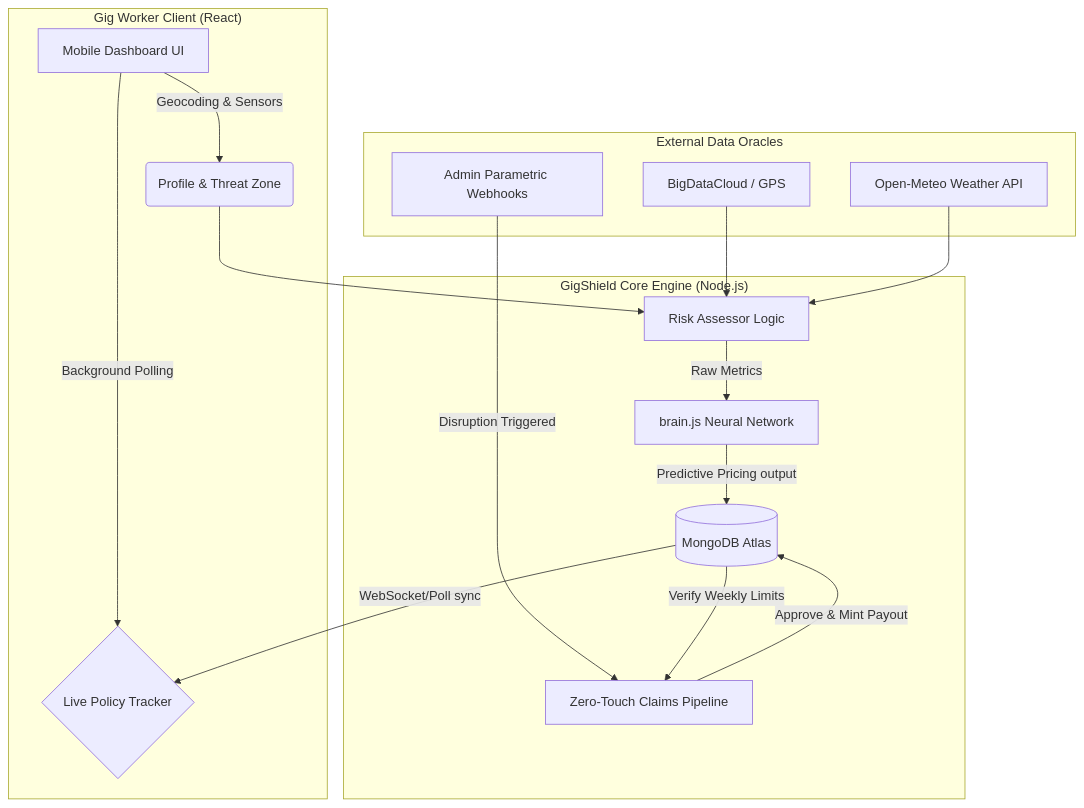
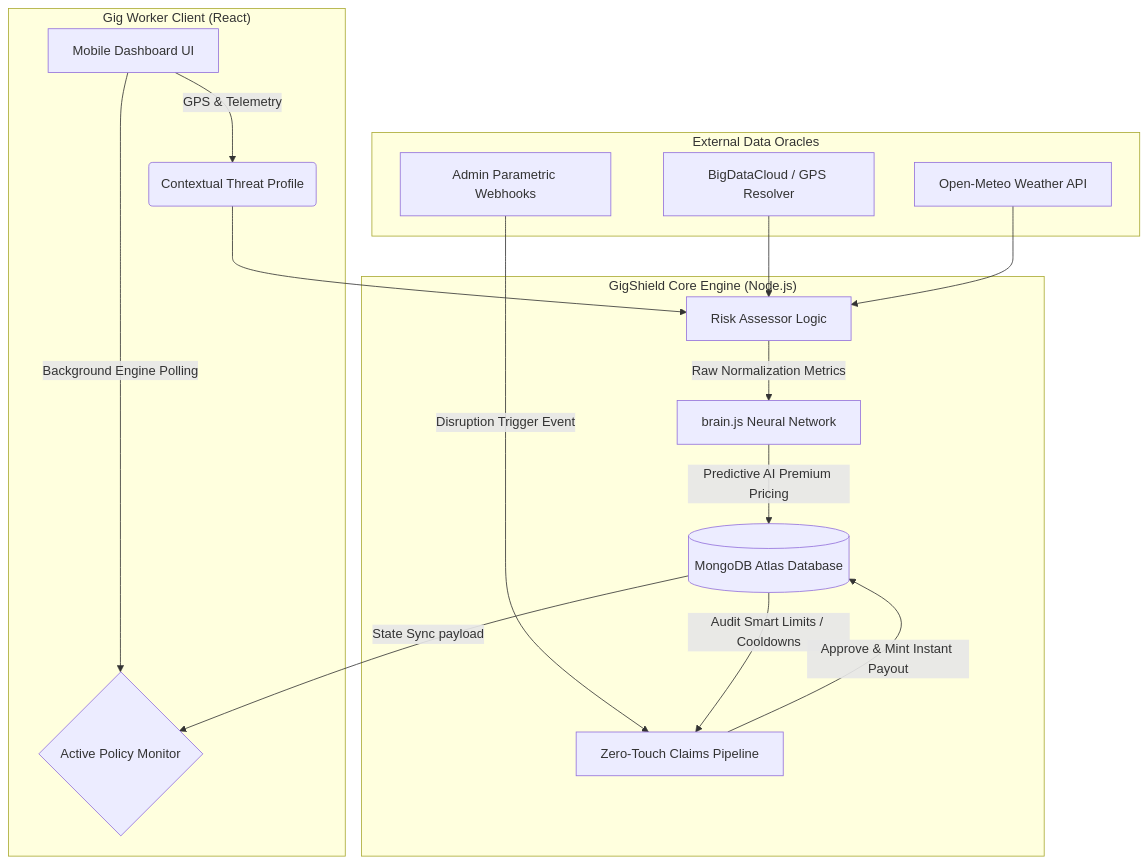
One commit to ANSUJKMEHER/GigShield-AI changed the diagram in README.md. Above: the diagram before and after it, drawn with Mermaid. The commit also changed other lines of this file and 8 other files, not shown here.

````diff
--- a/README.md
+++ b/README.md
@@ -21,31 +51,31 @@
 ```mermaid
 graph TD
     subgraph "Gig Worker Client (React)"
-        A[Mobile Dashboard UI] -->|Geocoding & Sensors| B(Profile & Threat Zone)
-        A -->|Background Polling| C{Live Policy Tracker}
+        A[Mobile Dashboard UI] -->|GPS & Telemetry| B(Contextual Threat Profile)
+        A -->|Background Engine Polling| C{Active Policy Monitor}
     end
 
     subgraph "GigShield Core Engine (Node.js)"
-        D[(MongoDB Atlas)] 
+        D[(MongoDB Atlas Database)] 
         E[brain.js Neural Network]
         F[Risk Assessor Logic]
         G[Zero-Touch Claims Pipeline]
     end
 
     subgraph "External Data Oracles"
         H[Open-Meteo Weather API]
         I[Admin Parametric Webhooks]
-        J[BigDataCloud / GPS]
+        J[BigDataCloud / GPS Resolver]
     end
 
     B --> F
     J --> F
     H --> F
-    F -->|Raw Metrics| E
-    E -->|Predictive Pricing output| D
+    F -->|Raw Normalization Metrics| E
+    E -->|Predictive AI Premium Pricing| D
     
-    I -->|Disruption Triggered| G
-    D -->|Verify Weekly Limits| G
-    G -->|Approve & Mint Payout| D
-    D -->|WebSocket/Poll sync| C
+    I -->|Disruption Trigger Event| G
+    D -->|Audit Smart Limits / Cooldowns| G
+    G -->|Approve & Mint Instant Payout| D
+    D -->|State Sync payload| C
 ```
````
